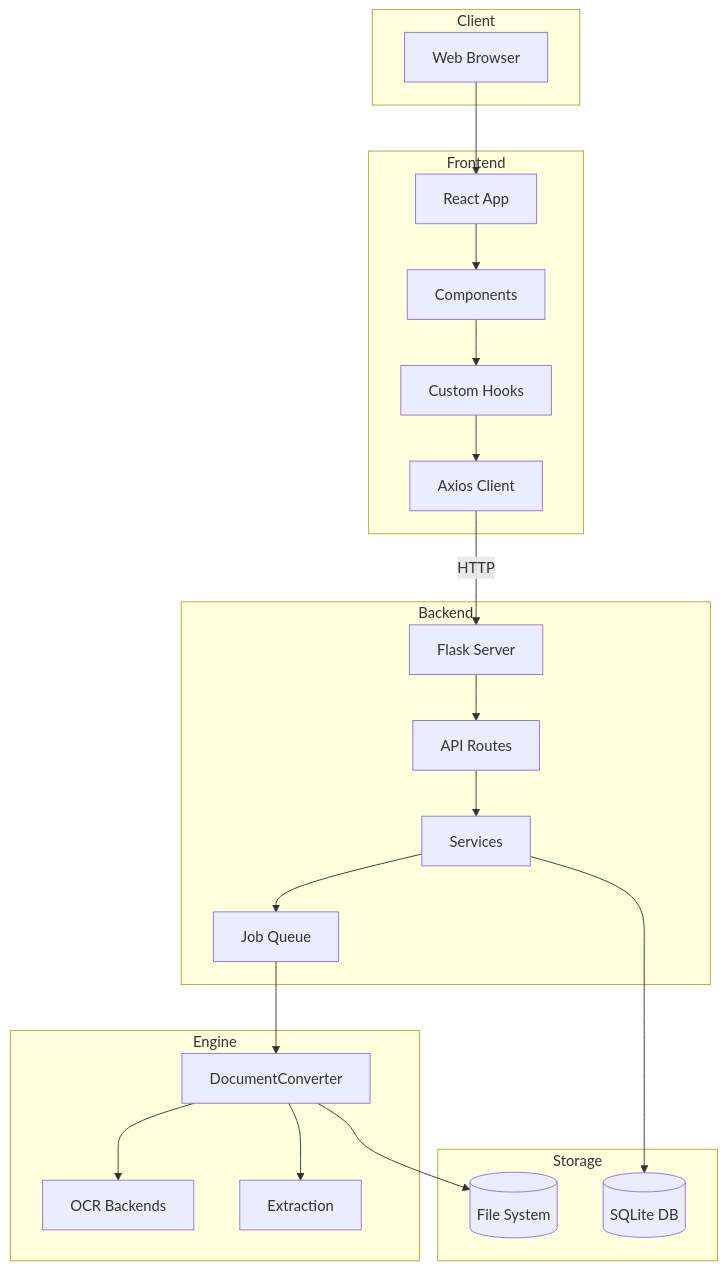
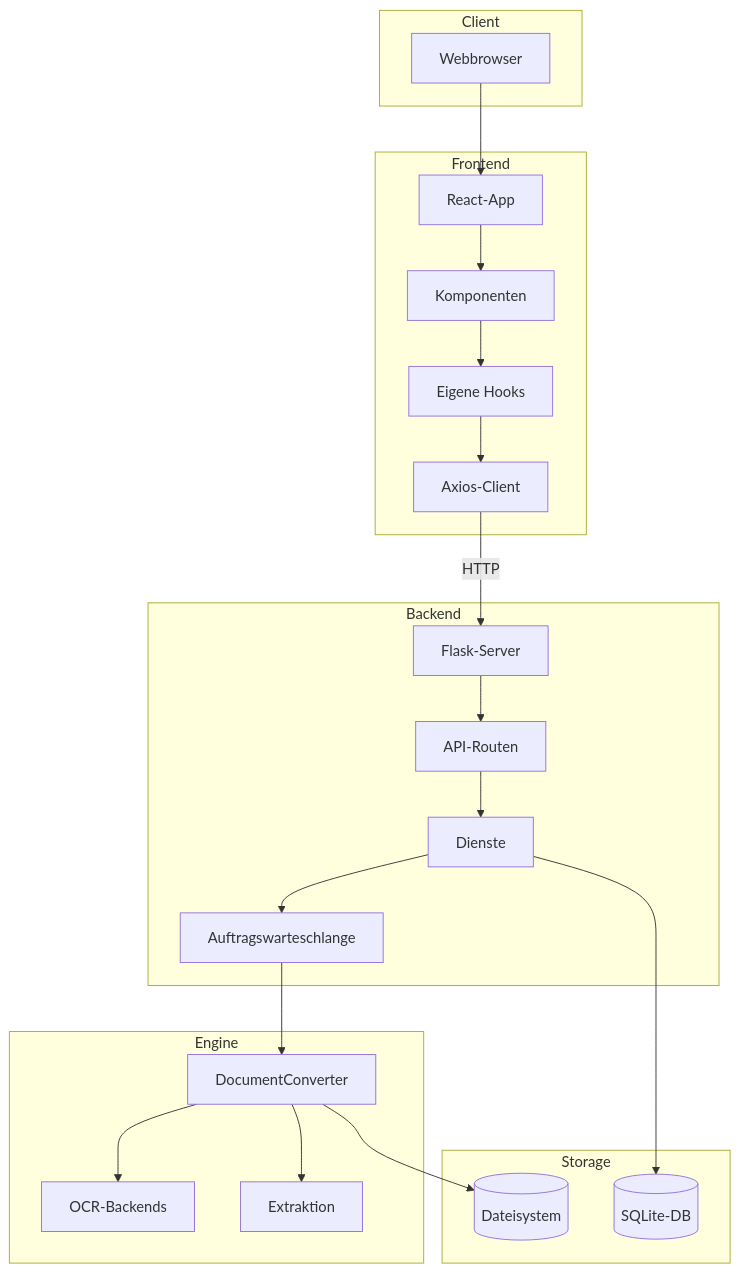
Before and after one commit to duckling-ui/duckling: the first of 2 diagrams in docs/de/architecture/overview.md, drawn with Mermaid. The commit also changed other lines of this file and 133 other files, not shown here.

````diff
--- a/docs/de/architecture/overview.md
+++ b/docs/de/architecture/overview.md
@@ -11,45 +11,45 @@
 ```mermaid
 graph TB
     subgraph Client
-        Browser[Web Browser]
+        Browser[Webbrowser]
     end
 
     subgraph Frontend
-        React[React App]
-        Components[Components]
-        Hooks[Custom Hooks]
-        APIClient[Axios Client]
+        React[React-App]
+        Components[Komponenten]
+        Hooks[Eigene Hooks]
+        APIClient[Axios-Client]
     end
 
     subgraph Backend
-        Flask[Flask Server]
-        Routes[API Routes]
-        Services[Services]
-        JobQueue[Job Queue]
+        Flask[Flask-Server]
+        Routes[API-Routen]
+        Services[Dienste]
+        JobQueue[Auftragswarteschlange]
     end
 
     subgraph Engine
         Docling[DocumentConverter]
-        OCR[OCR Backends]
-        Extract[Extraction]
+        OCR[OCR-Backends]
+        Extract[Extraktion]
     end
 
     subgraph Storage
-        SQLite[(SQLite DB)]
-        FileSystem[(File System)]
+        SQLite[(SQLite-DB)]
+        FileSystem[(Dateisystem)]
     end
 
     Browser --> React
     React --> Components
     Components --> Hooks
     Hooks --> APIClient
     APIClient -->|HTTP| Flask
     Flask --> Routes
     Routes --> Services
     Services --> JobQueue
     JobQueue --> Docling
     Docling --> OCR
     Docling --> Extract
     Services --> SQLite
     Docling --> FileSystem
 ```
````
